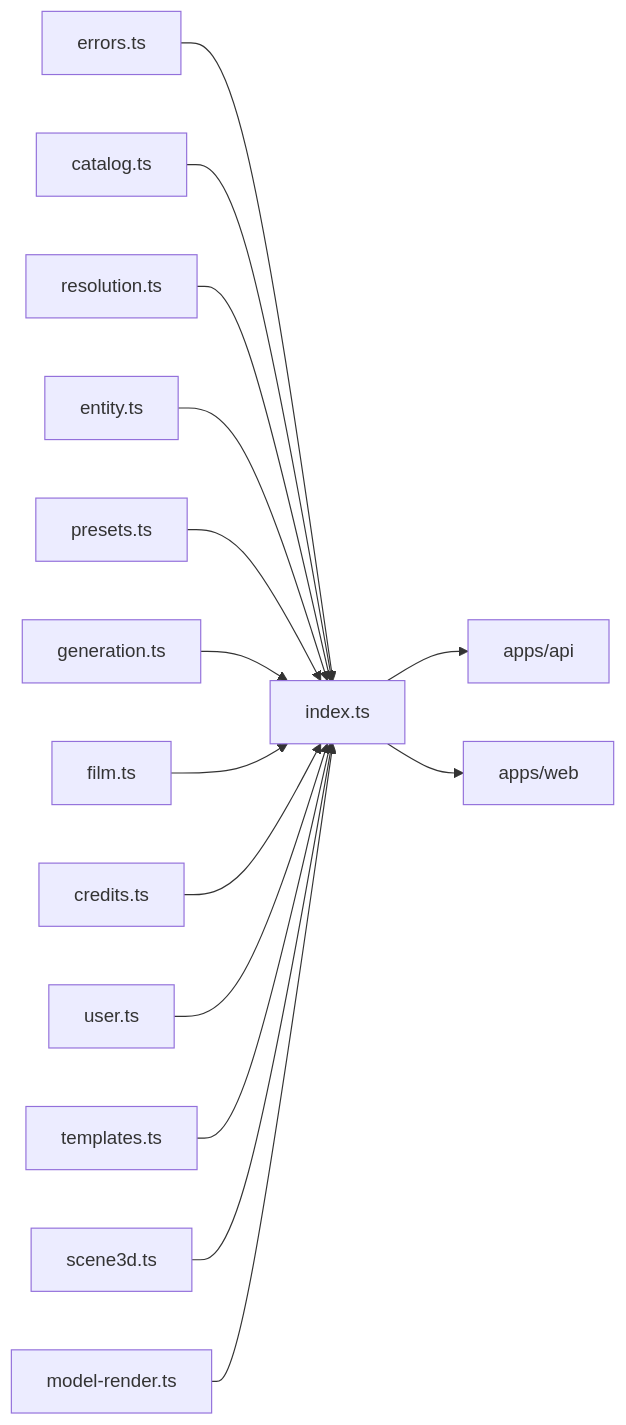
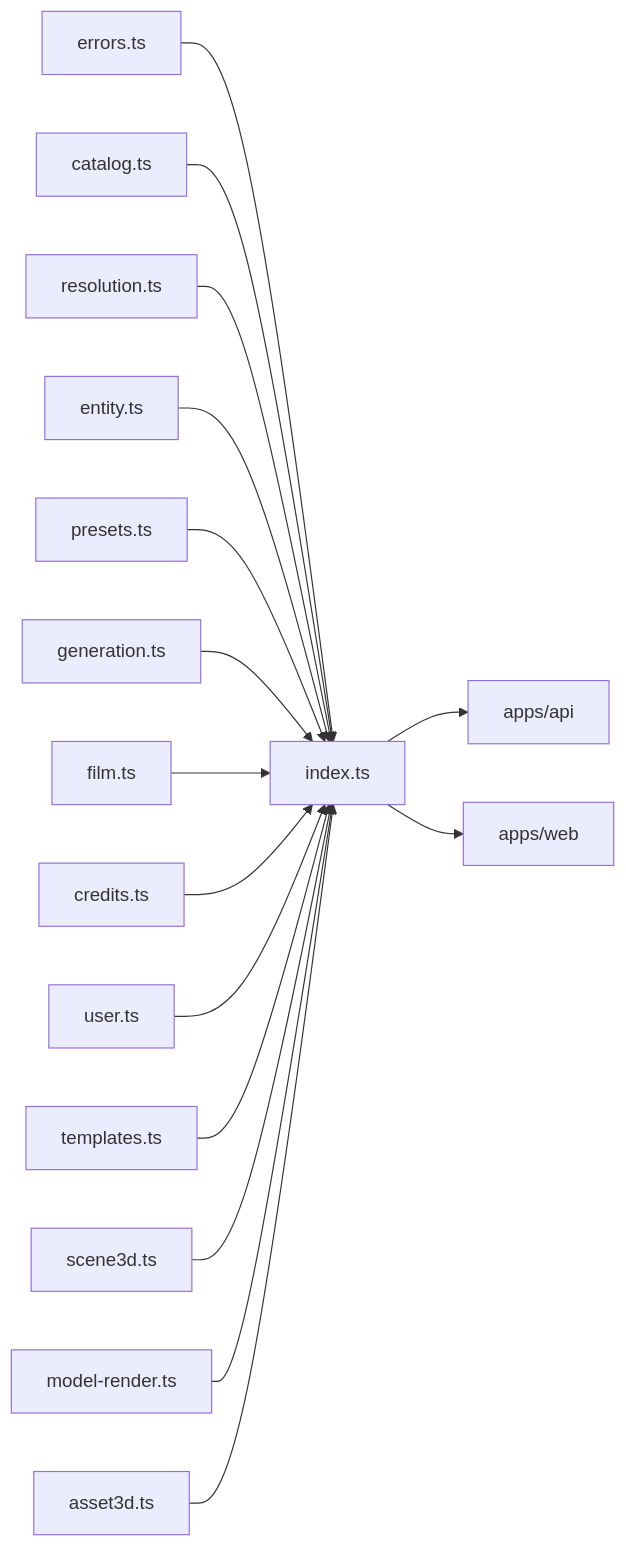
One commit to AzamatRaimbekov2/openCreate changed the diagram in packages/contracts/src/index.ts.md. Above: the diagram before and after it, drawn with Mermaid. The commit also changed other lines of this file and 359 other files, not shown here.

````diff
--- a/packages/contracts/src/index.ts.md
+++ b/packages/contracts/src/index.ts.md
@@ -19,17 +19,18 @@
 ```mermaid
 flowchart LR
   E[errors.ts] --> IDX[index.ts]
   C[catalog.ts] --> IDX
   R[resolution.ts] --> IDX
   EN[entity.ts] --> IDX
   P[presets.ts] --> IDX
   G[generation.ts] --> IDX
   F[film.ts] --> IDX
   CR[credits.ts] --> IDX
   U[user.ts] --> IDX
   T[templates.ts] --> IDX
   S3[scene3d.ts] --> IDX
   MR[model-render.ts] --> IDX
+  A3[asset3d.ts] --> IDX
   IDX --> API[apps/api]
   IDX --> WEB[apps/web]
 ```
````
